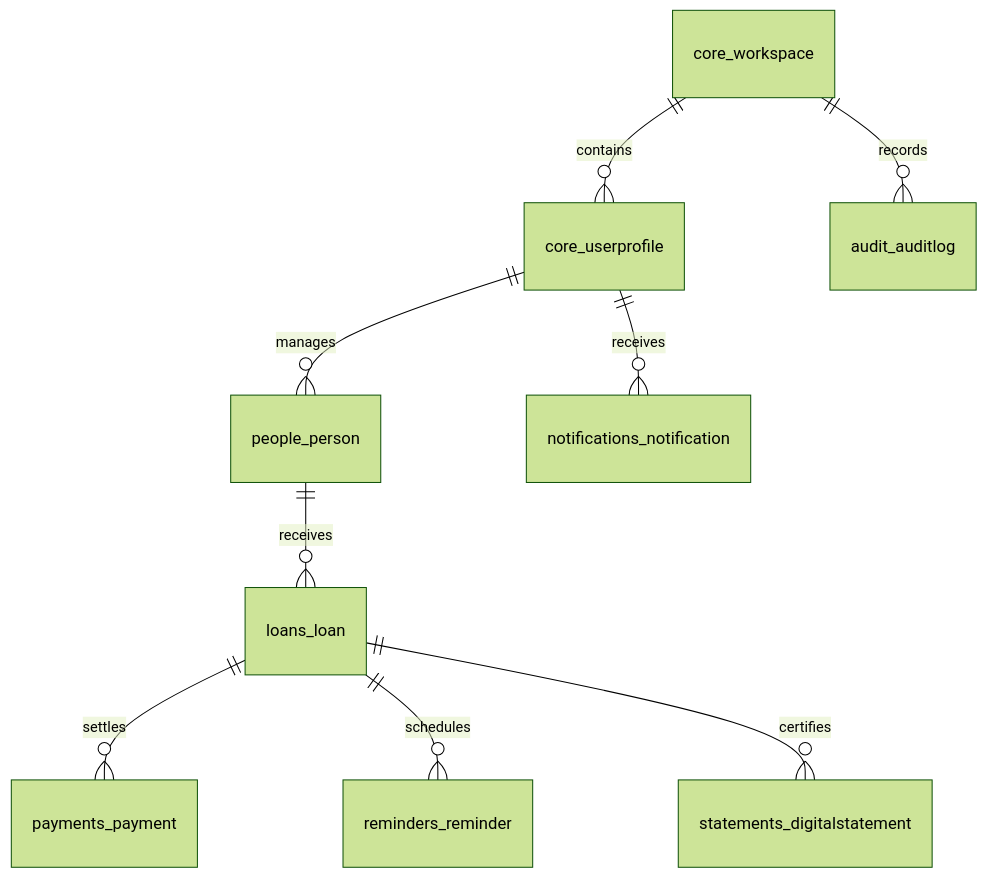
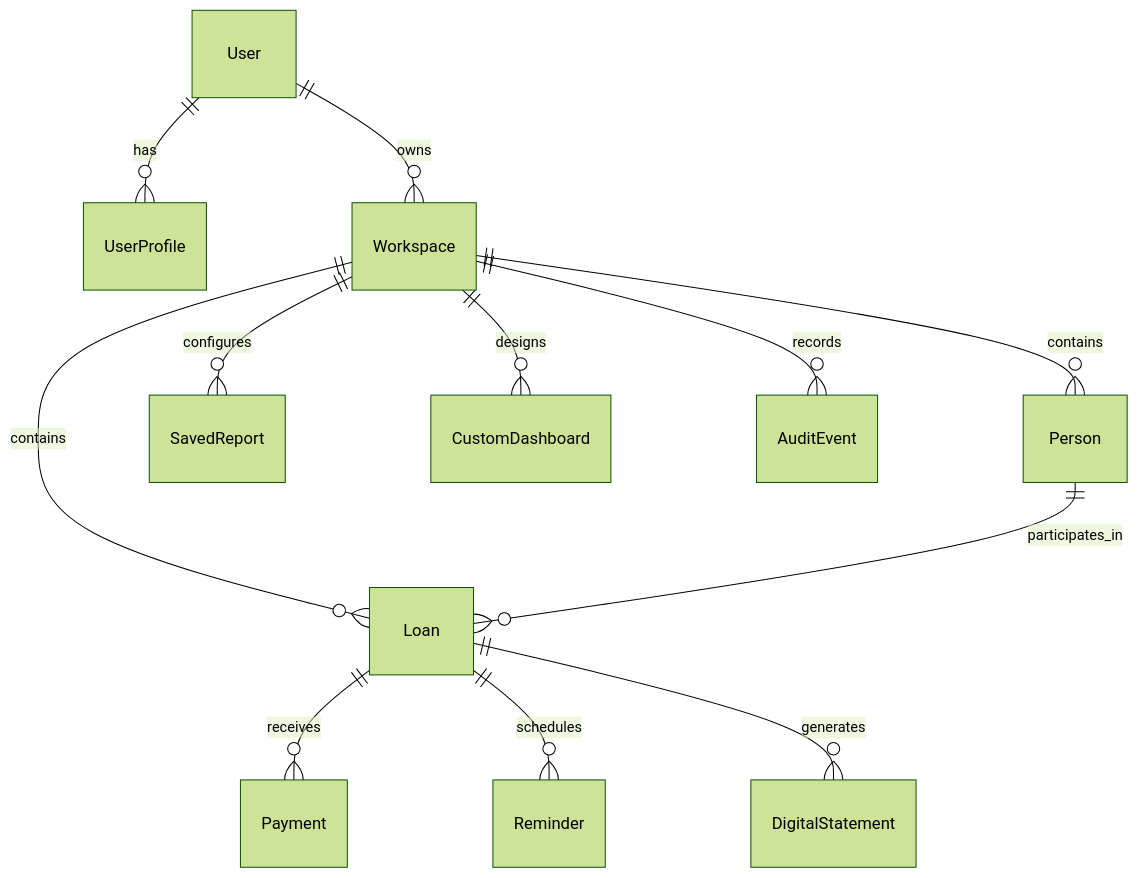
One commit to Karthigeyan583/Lendguard_og changed the first of 3 diagrams in LendGuard_Comprehensive_Technical_Specification.md. Above: the diagram before and after it, drawn with Mermaid (forest theme). The commit also changed other lines of this file, not shown here.

````diff
--- a/LendGuard_Comprehensive_Technical_Specification.md
+++ b/LendGuard_Comprehensive_Technical_Specification.md
@@ -48,11 +89,14 @@
 ```mermaid
 erDiagram
-    core_workspace ||--o{ core_userprofile : contains
-    core_userprofile ||--o{ people_person : manages
-    people_person ||--o{ loans_loan : receives
-    loans_loan ||--o{ payments_payment : settles
-    loans_loan ||--o{ reminders_reminder : schedules
-    loans_loan ||--o{ statements_digitalstatement : certifies
-    core_userprofile ||--o{ notifications_notification : receives
-    core_workspace ||--o{ audit_auditlog : records
+    User ||--o{ UserProfile : has
+    User ||--o{ Workspace : owns
+    Workspace ||--o{ Person : contains
+    Workspace ||--o{ Loan : contains
+    Person ||--o{ Loan : participates_in
+    Loan ||--o{ Payment : receives
+    Loan ||--o{ Reminder : schedules
+    Loan ||--o{ DigitalStatement : generates
+    Workspace ||--o{ SavedReport : configures
+    Workspace ||--o{ CustomDashboard : designs
+    Workspace ||--o{ AuditEvent : records
 ```
````
